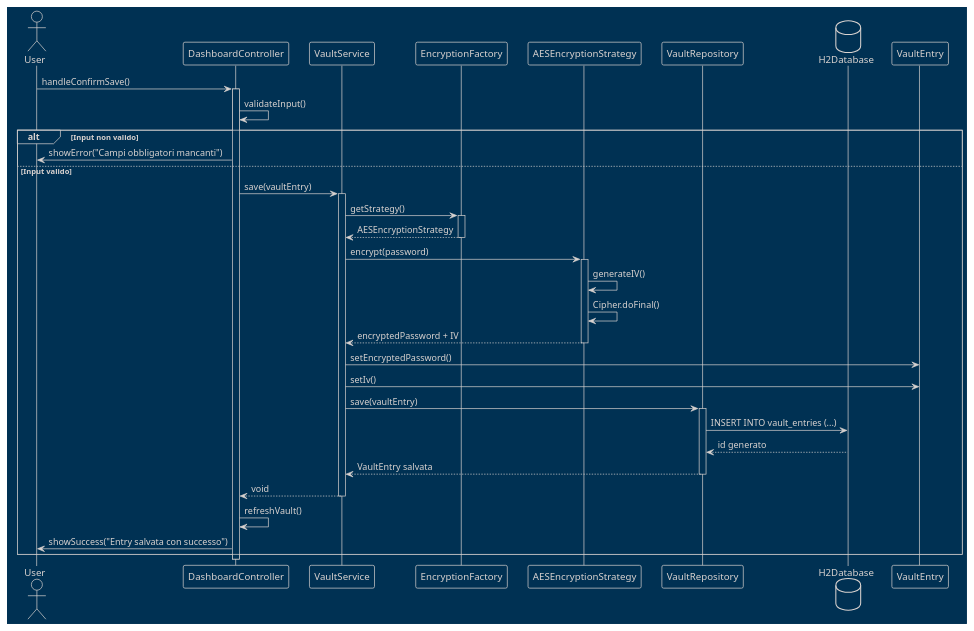
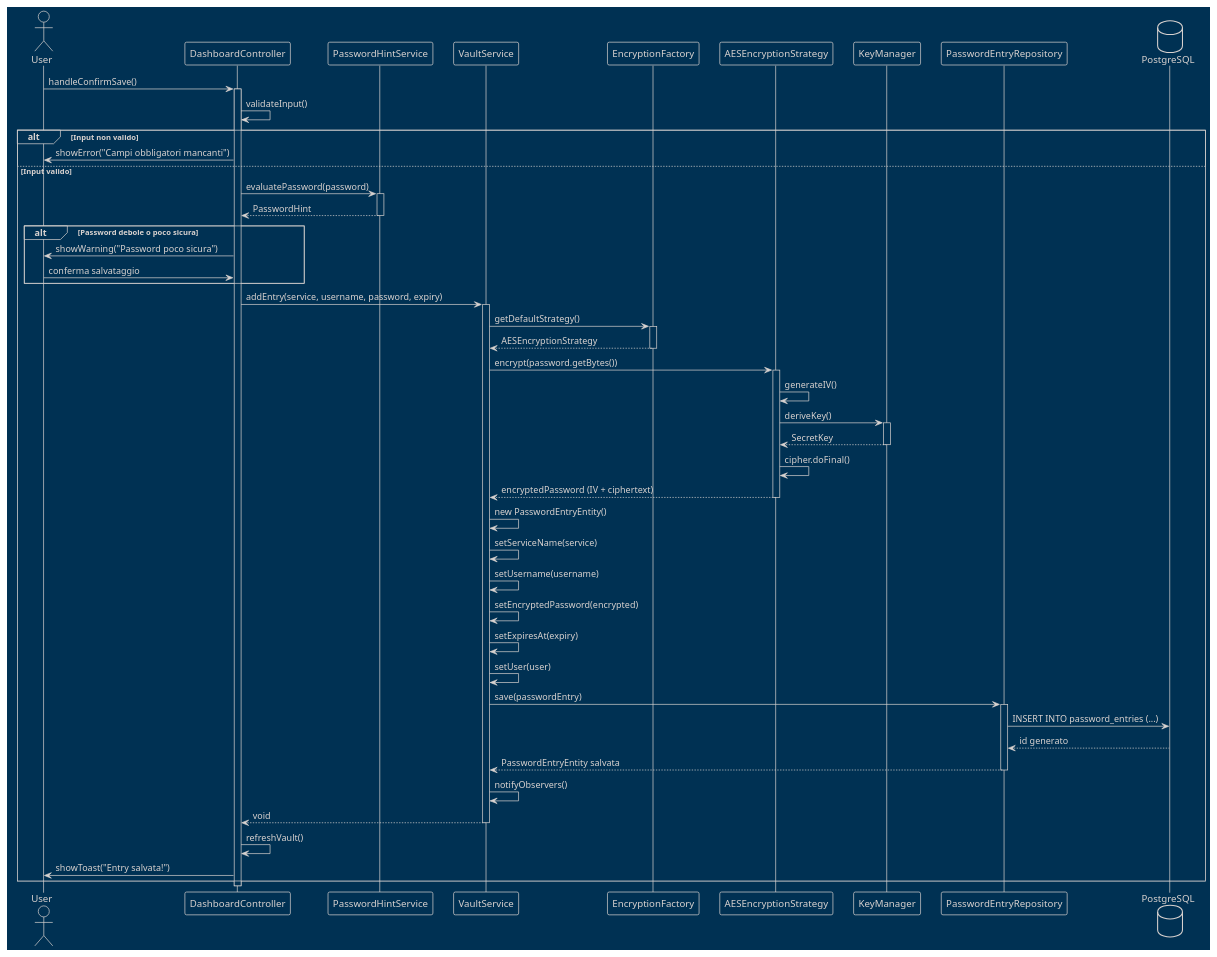
One commit to DaniaCiampalini/SafeCoreProject changed the diagram in docs/uml/sequence-save-entry.puml. Above: the diagram before and after it, drawn with PlantUML. The commit also changed 29 other files, not shown here.

```diff
--- a/docs/uml/sequence-save-entry.puml
+++ b/docs/uml/sequence-save-entry.puml
@@ -1,53 +1,74 @@
 @startuml SafeCore_SaveEntry_Sequence
 !theme blueprint
 
 actor User
 participant DashboardController
+participant PasswordHintService
 participant VaultService
 participant EncryptionFactory
 participant AESEncryptionStrategy
-participant VaultRepository
-database H2Database
+participant KeyManager
+participant PasswordEntryRepository
+database PostgreSQL
 
 User -> DashboardController: handleConfirmSave()
 activate DashboardController
 
 DashboardController -> DashboardController: validateInput()
 alt Input non valido
     DashboardController -> User: showError("Campi obbligatori mancanti")
 else Input valido
-    DashboardController -> VaultService: save(vaultEntry)
+    DashboardController -> PasswordHintService: evaluatePassword(password)
+    activate PasswordHintService
+    PasswordHintService --> DashboardController: PasswordHint
+    deactivate PasswordHintService
+
+    alt Password debole o poco sicura
+        DashboardController -> User: showWarning("Password poco sicura")
+        User -> DashboardController: conferma salvataggio
+    end
+
+    DashboardController -> VaultService: addEntry(service, username, password, expiry)
     activate VaultService
 
-    VaultService -> EncryptionFactory: getStrategy()
+    VaultService -> EncryptionFactory: getDefaultStrategy()
     activate EncryptionFactory
     EncryptionFactory --> VaultService: AESEncryptionStrategy
     deactivate EncryptionFactory
 
-    VaultService -> AESEncryptionStrategy: encrypt(password)
+    VaultService -> AESEncryptionStrategy: encrypt(password.getBytes())
     activate AESEncryptionStrategy
     AESEncryptionStrategy -> AESEncryptionStrategy: generateIV()
-    AESEncryptionStrategy -> AESEncryptionStrategy: Cipher.doFinal()
-    AESEncryptionStrategy --> VaultService: encryptedPassword + IV
+    AESEncryptionStrategy -> KeyManager: deriveKey()
+    activate KeyManager
+    KeyManager --> AESEncryptionStrategy: SecretKey
+    deactivate KeyManager
+    AESEncryptionStrategy -> AESEncryptionStrategy: cipher.doFinal()
+    AESEncryptionStrategy --> VaultService: encryptedPassword (IV + ciphertext)
     deactivate AESEncryptionStrategy
 
-    VaultService -> VaultEntry: setEncryptedPassword()
-    VaultService -> VaultEntry: setIv()
+    VaultService -> VaultService: new PasswordEntryEntity()
+    VaultService -> VaultService: setServiceName(service)
+    VaultService -> VaultService: setUsername(username)
+    VaultService -> VaultService: setEncryptedPassword(encrypted)
+    VaultService -> VaultService: setExpiresAt(expiry)
+    VaultService -> VaultService: setUser(user)
 
-    VaultService -> VaultRepository: save(vaultEntry)
-    activate VaultRepository
-    VaultRepository -> H2Database: INSERT INTO vault_entries (...)
-    H2Database --> VaultRepository: id generato
-    VaultRepository --> VaultService: VaultEntry salvata
-    deactivate VaultRepository
+    VaultService -> PasswordEntryRepository: save(passwordEntry)
+    activate PasswordEntryRepository
+    PasswordEntryRepository -> PostgreSQL: INSERT INTO password_entries (...)
+    PostgreSQL --> PasswordEntryRepository: id generato
+    PasswordEntryRepository --> VaultService: PasswordEntryEntity salvata
+    deactivate PasswordEntryRepository
 
+    VaultService -> VaultService: notifyObservers()
     VaultService --> DashboardController: void
     deactivate VaultService
 
     DashboardController -> DashboardController: refreshVault()
-    DashboardController -> User: showSuccess("Entry salvata con successo")
+    DashboardController -> User: showToast("Entry salvata!")
 end
 
 deactivate DashboardController
 
 @enduml
```
